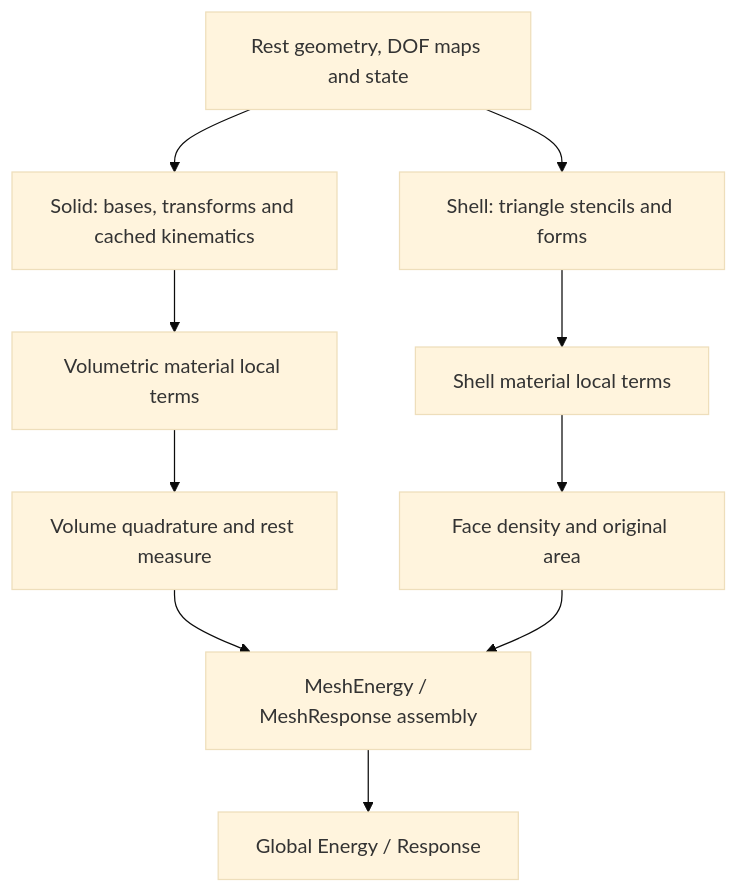
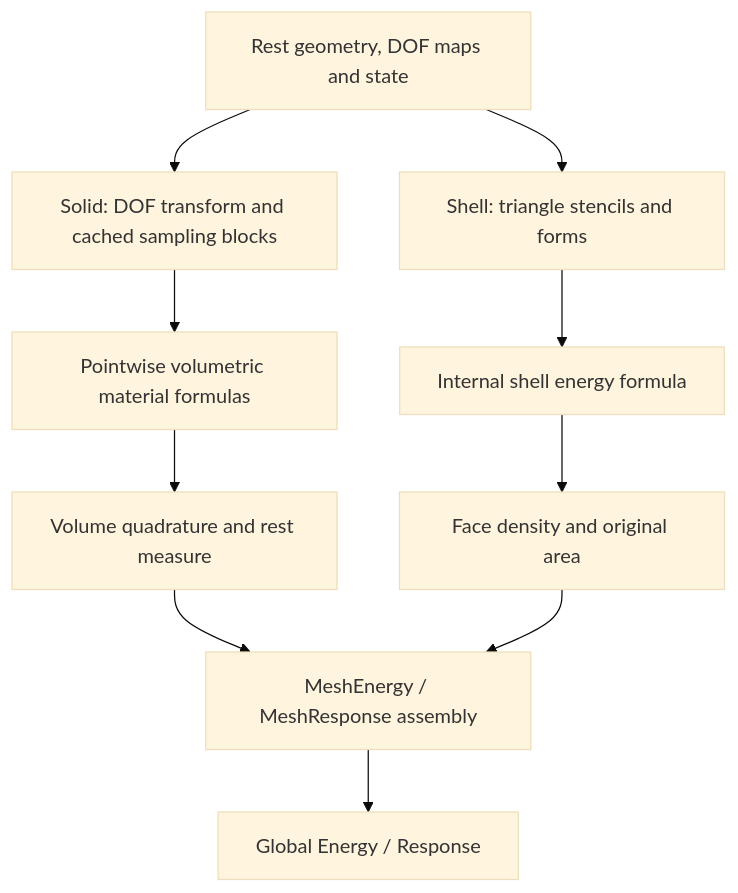
One commit to annajcy/litepgo changed the diagram in docs/guide/fem/index.md. Above: the diagram before and after it, drawn with Mermaid (base theme). The commit also changed other lines of this file and 9 other files, not shown here.

````diff
--- a/docs/guide/fem/index.md
+++ b/docs/guide/fem/index.md
@@ -14,14 +14,14 @@
 ```mermaid
 flowchart TB
   accTitle: FEM module evaluation architecture
-  accDescr: Rest geometry and maps feed solid field kinematics or shell stencil kinematics. Material laws produce local densities or force responses; integration and global assembly expose Energy and Response interfaces.
-  inputs["Rest geometry, DOF maps and state"] --> solid["Solid: bases, transforms and cached kinematics"]
+  accDescr: Fixed spatial responses are sampled at construction. Physical displacement DOFs pass through basis transforms and affine deformation-gradient sampling blocks, or shell stencil kinematics, into material formulas and global assembly.
+  inputs["Rest geometry, DOF maps and state"] --> solid["Solid: DOF transform and cached sampling blocks"]
   inputs --> shell["Shell: triangle stencils and forms"]
-  solid --> solidLocal["Volumetric material local terms"]
-  shell --> shellLocal["Shell material local terms"]
+  solid --> solidLocal["Pointwise volumetric material formulas"]
+  shell --> shellLocal["Internal shell energy formula"]
   solidLocal --> volume["Volume quadrature and rest measure"]
   shellLocal --> area["Face density and original area"]
   volume --> assembly["MeshEnergy / MeshResponse assembly"]
   area --> assembly
   assembly --> api["Global Energy / Response"]
 ```
````
